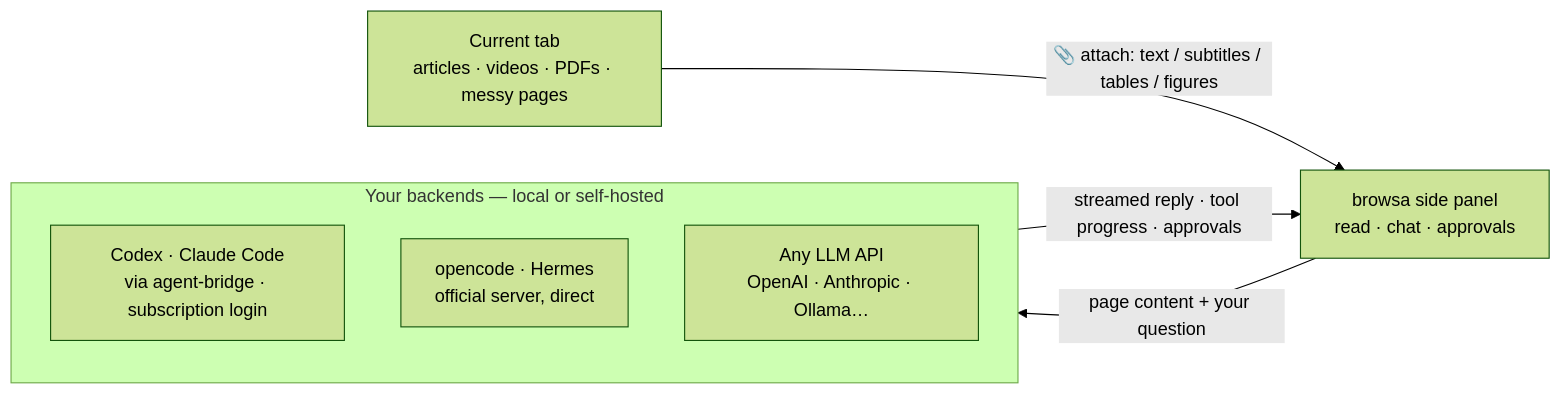
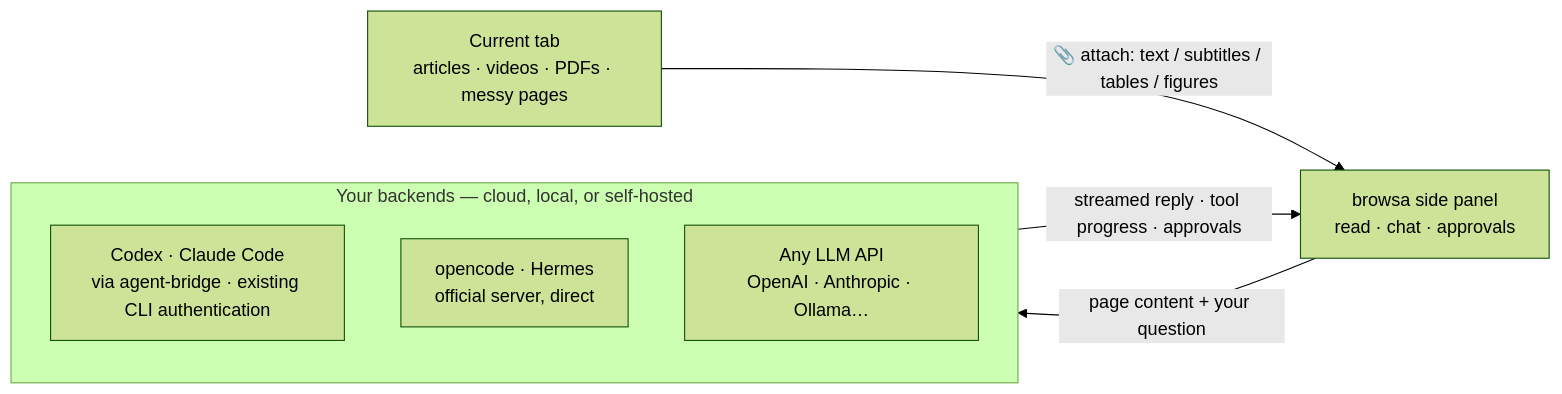
One commit to xiaohuzai/browsa changed the diagram in README.md. Above: the diagram before and after it, drawn with Mermaid (forest theme). The commit also changed other lines of this file and 5 other files, not shown here.

````diff
--- a/README.md
+++ b/README.md
@@ -45,13 +51,13 @@
 ```mermaid
 flowchart LR
     P["Current tab<br/>articles · videos · PDFs · messy pages"]
     B["browsa side panel<br/>read · chat · approvals"]
-    subgraph Y["Your backends — local or self-hosted"]
-        A1["Codex · Claude Code<br/>via agent-bridge · subscription login"]
+    subgraph Y["Your backends — cloud, local, or self-hosted"]
+        A1["Codex · Claude Code<br/>via agent-bridge · existing CLI authentication"]
         A2["opencode · Hermes<br/>official server, direct"]
         A3["Any LLM API<br/>OpenAI · Anthropic · Ollama…"]
     end
     P -->|"📎 attach: text / subtitles / tables / figures"| B
     B -->|"page content + your question"| Y
     Y -->|"streamed reply · tool progress · approvals"| B
 ```
````
